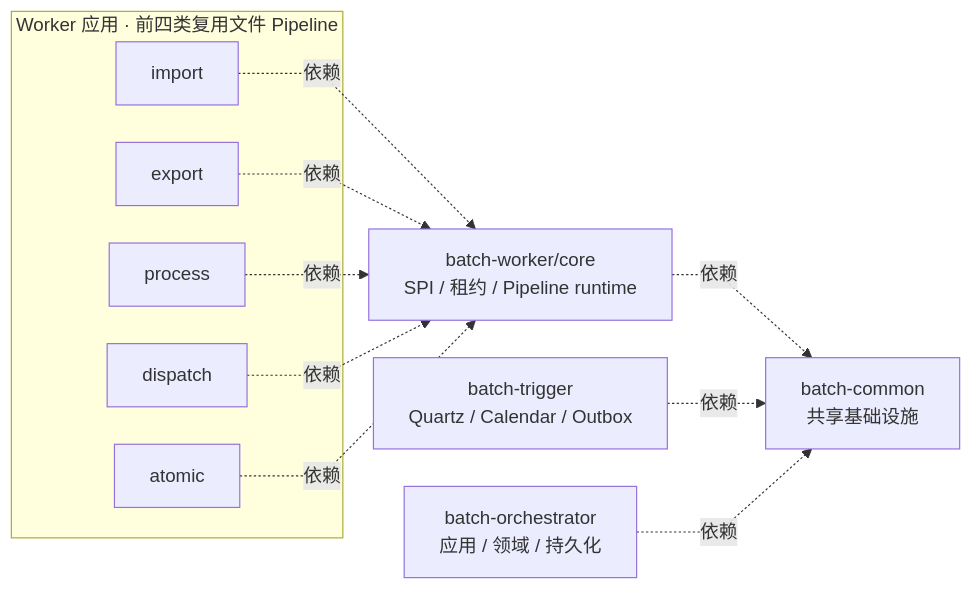
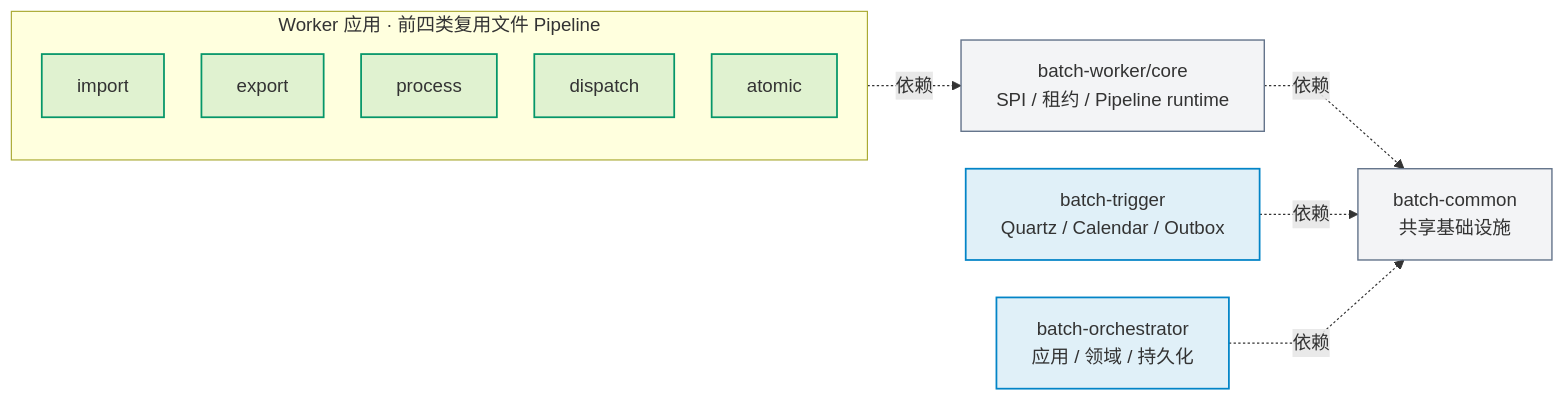
Before and after one commit to pinpols/file-batch-system: the third of 4 diagrams in docs/architecture/project-structure.md, drawn with Mermaid. The commit also changed other lines of this file and 9 other files, not shown here.

First line of the commit message:
docs(architecture): unify styling of the navigation architecture diagrams (#1365)

````diff
--- a/docs/architecture/project-structure.md
+++ b/docs/architecture/project-structure.md
@@ -153,19 +188,28 @@
 ```mermaid
 %%{init: {"flowchart":{"curve":"linear","nodeSpacing":32,"rankSpacing":48},"sequence":{"mirrorActors":false}}}%%
 flowchart LR
+
   subgraph WORKERS["Worker 应用 · 前四类复用文件 Pipeline"]
-    IMP["import"]
-    EXP["export"]
-    PROC["process"]
-    DISP["dispatch"]
-    AT["atomic"]
+    direction TB
+    IMP["import"]:::worker
+    EXP["export"]:::worker
+    PROC["process"]:::worker
+    DISP["dispatch"]:::worker
+    AT["atomic"]:::worker
   end
-  IMP -. "依赖" .-> CORE["batch-worker/core<br/>SPI / 租约 / Pipeline runtime"]
-  EXP -. "依赖" .-> CORE
-  PROC -. "依赖" .-> CORE
-  DISP -. "依赖" .-> CORE
-  AT -. "依赖" .-> CORE
-  CORE -. "依赖" .-> COMMON["batch-common<br/>共享基础设施"]
-  T["batch-trigger<br/>Quartz / Calendar / Outbox"] -. "依赖" .-> COMMON
-  O["batch-orchestrator<br/>应用 / 领域 / 持久化"] -. "依赖" .-> COMMON
+  CORE["batch-worker/core<br/>SPI / 租约 / Pipeline runtime"]:::lib
+  COMMON["batch-common<br/>共享基础设施"]:::lib
+  T["batch-trigger<br/>Quartz / Calendar / Outbox"]:::control
+  O["batch-orchestrator<br/>应用 / 领域 / 持久化"]:::control
+  WORKERS -. "依赖" .-> CORE
+  CORE -. "依赖" .-> COMMON
+  T -. "依赖" .-> COMMON
+  O -. "依赖" .-> COMMON
+  classDef entry fill:#6366f11f,stroke:#6366f1,stroke-width:1.5px
+  classDef control fill:#0284c71f,stroke:#0284c7,stroke-width:1.5px
+  classDef mq fill:#d977061f,stroke:#d97706,stroke-width:1.5px
+  classDef worker fill:#0596691f,stroke:#059669,stroke-width:1.5px
+  classDef store fill:#7c3aed1f,stroke:#7c3aed,stroke-width:1.5px
+  classDef ext fill:#64748b14,stroke:#64748b,stroke-width:1.2px,stroke-dasharray:4 3
+  classDef lib fill:#64748b14,stroke:#64748b,stroke-width:1.2px
 ```
````
